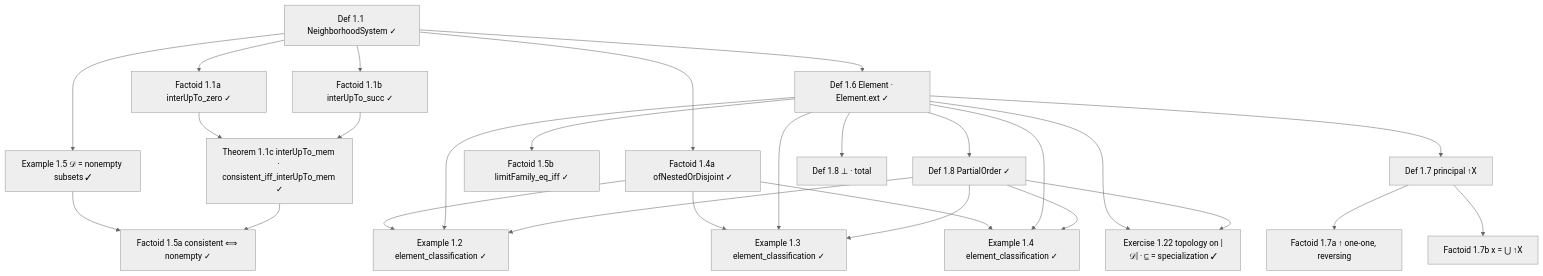
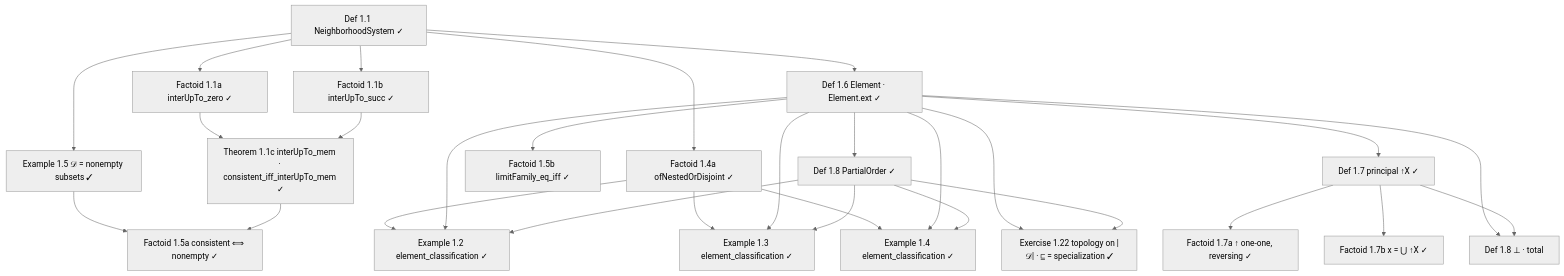
One commit to catskillsresearch/domain_theory changed the seventh of 9 diagrams in arxiv.md. Above: the diagram before and after it, drawn with Mermaid (neutral theme). The commit also changed other lines of this file and 7 other files, not shown here.

````diff
--- a/arxiv.md
+++ b/arxiv.md
@@ -1180,48 +1203,49 @@
 ```mermaid
 flowchart TD
   D11["Def 1.1 NeighborhoodSystem ✓"]
   F11a["Factoid 1.1a interUpTo_zero ✓"]
   F11b["Factoid 1.1b interUpTo_succ ✓"]
   T11c["Theorem 1.1c interUpTo_mem · consistent_iff_interUpTo_mem ✓"]
   E12["Example 1.2 element_classification ✓"]
   E13["Example 1.3 element_classification ✓"]
   E14["Example 1.4 element_classification ✓"]
   F14a["Factoid 1.4a ofNestedOrDisjoint ✓"]
   E15["Example 1.5 𝒟 = nonempty subsets ✓"]
   F15a["Factoid 1.5a consistent ⟺ nonempty ✓"]
   F15b["Factoid 1.5b limitFamily_eq_iff ✓"]
   D16["Def 1.6 Element · Element.ext ✓"]
   D18o["Def 1.8 PartialOrder ✓"]
-  D17["Def 1.7 principal ↑X"]
-  F17a["Factoid 1.7a ↑ one-one, reversing"]
-  F17b["Factoid 1.7b x = ⋃ ↑X"]
+  D17["Def 1.7 principal ↑X ✓"]
+  F17a["Factoid 1.7a ↑ one-one, reversing ✓"]
+  F17b["Factoid 1.7b x = ⋃ ↑X ✓"]
   D18b["Def 1.8 ⊥ · total"]
   E122["Exercise 1.22 topology on |𝒟| · ⊑ = specialization ✓"]
 
   D11 --> F11a
   D11 --> F11b
   F11a --> T11c
   F11b --> T11c
   D11 --> D16
   D11 --> F14a
   F14a --> E12
   F14a --> E13
   F14a --> E14
   D16 --> D18o
   D16 --> E12
   D18o --> E12
   D16 --> E13
   D18o --> E13
   D16 --> E14
   D18o --> E14
   D11 --> E15
   E15 --> F15a
   T11c --> F15a
   D16 --> F15b
   D16 --> D17
   D17 --> F17a
   D17 --> F17b
   D16 --> D18b
+  D17 --> D18b
   D16 --> E122
   D18o --> E122
 ```
````
